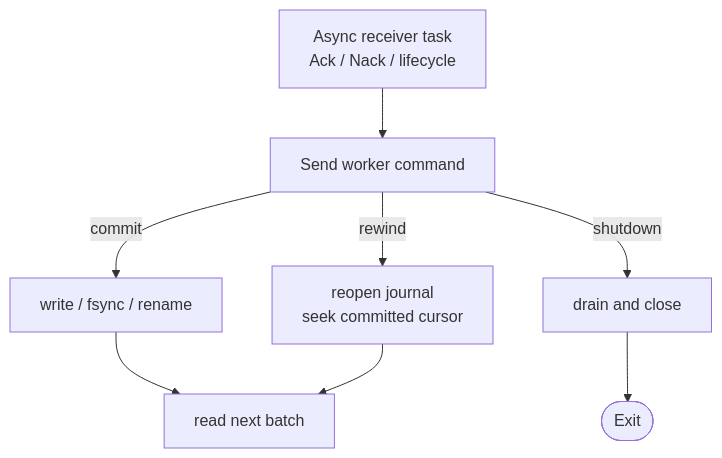
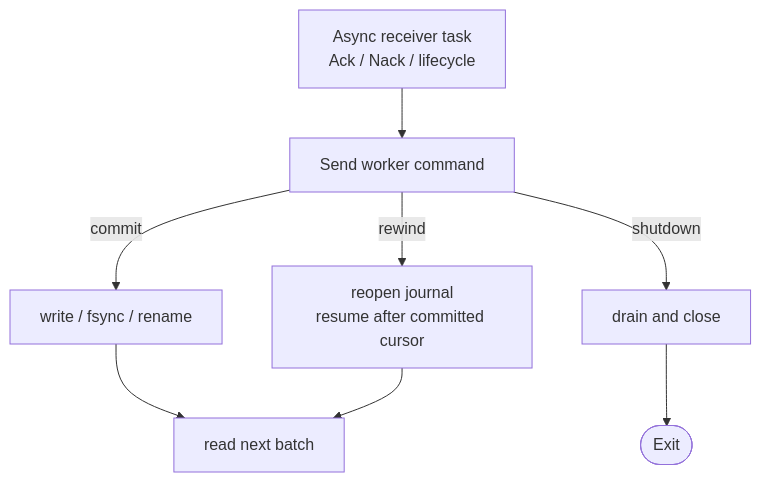
The third of 3 diagrams in rust/otap-dataflow/docs/journald-receiver.md (open-telemetry/otel-arrow), drawn with Mermaid before and after one commit. The commit also changed other lines of this file, not shown here.

````diff
--- a/rust/otap-dataflow/docs/journald-receiver.md
+++ b/rust/otap-dataflow/docs/journald-receiver.md
@@ -183,10 +225,10 @@
 ```mermaid
 flowchart TD
     Async["Async receiver task<br/>Ack / Nack / lifecycle"] --> Control["Send worker command"]
     Control -->|commit| Commit["write / fsync / rename"]
-    Control -->|rewind| Reopen["reopen journal<br/>seek committed cursor"]
+    Control -->|rewind| Reopen["reopen journal<br/>resume after committed cursor"]
     Control -->|shutdown| Stop["drain and close"]
     Commit --> Continue["read next batch"]
     Reopen --> Continue
     Stop --> Done([Exit])
 ```
````
